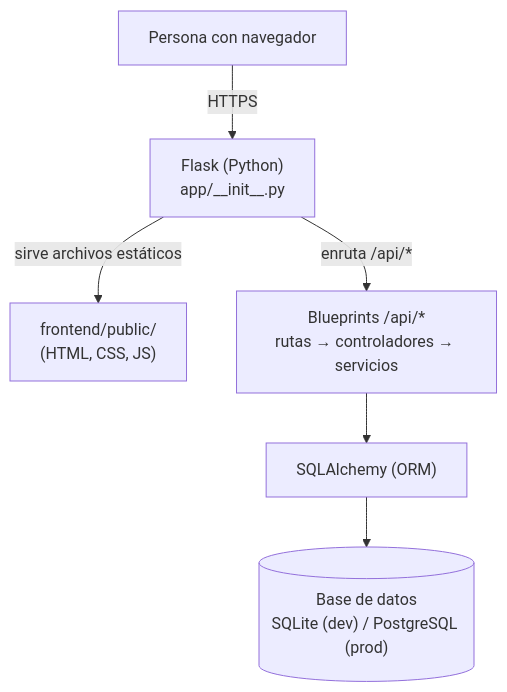
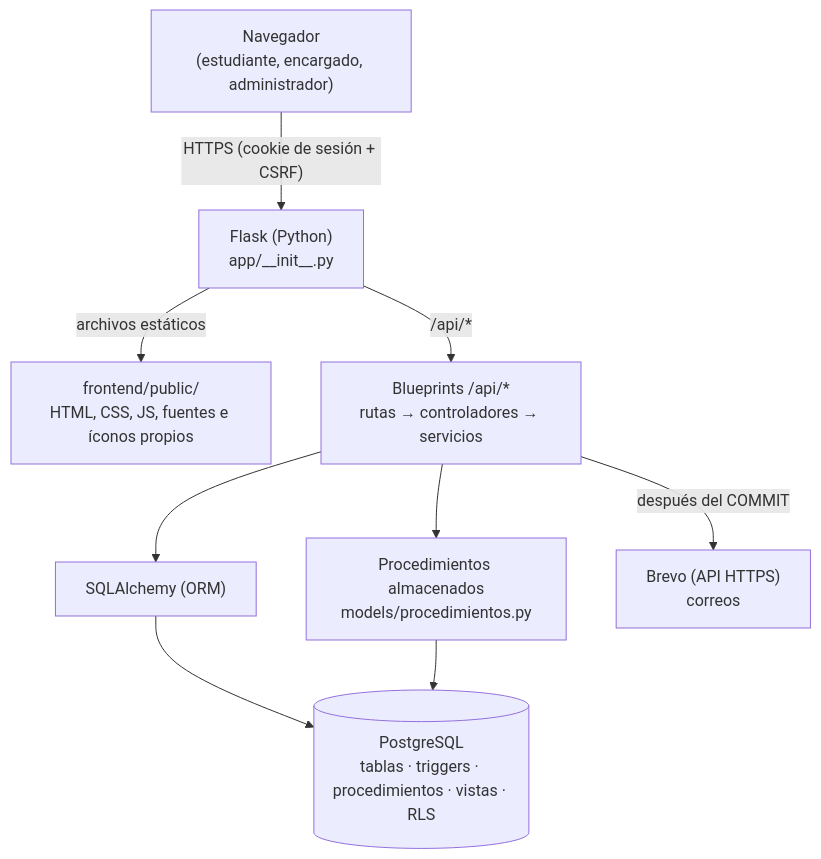
The first of 3 diagrams in docs/ARQUITECTURA.md (sebastquintero1312/EncuentraU), drawn with Mermaid before and after one commit. The commit also changed other lines of this file and 44 other files, not shown here.

First line of the commit message:
Documentación y CI v2.0: informe, base de datos, seguridad y flujos de GitHub

````diff
--- a/docs/ARQUITECTURA.md
+++ b/docs/ARQUITECTURA.md
@@ -9,15 +9,18 @@
 ```mermaid
 flowchart TB
-    Usuario["Persona con navegador"]
-    Flask["Flask (Python)\napp/__init__.py"]
-    Estatico["frontend/public/\n(HTML, CSS, JS)"]
-    API["Blueprints /api/*\nrutas → controladores → servicios"]
+    Usuario["Navegador<br/>(estudiante, encargado, administrador)"]
+    Flask["Flask (Python)<br/>app/__init__.py"]
+    Estatico["frontend/public/<br/>HTML, CSS, JS, fuentes e íconos propios"]
+    API["Blueprints /api/*<br/>rutas → controladores → servicios"]
     ORM["SQLAlchemy (ORM)"]
-    BD[("Base de datos\nSQLite (dev) / PostgreSQL (prod)")]
+    Proc["Procedimientos almacenados<br/>models/procedimientos.py"]
+    BD[("PostgreSQL<br/>tablas · triggers · procedimientos · vistas · RLS")]
+    Correo["Brevo (API HTTPS)<br/>correos"]
 
-    Usuario -- "HTTPS" --> Flask
-    Flask -- "sirve archivos estáticos" --> Estatico
-    Flask -- "enruta /api/*" --> API
-    API --> ORM
-    ORM --> BD
+    Usuario -- "HTTPS (cookie de sesión + CSRF)" --> Flask
+    Flask -- "archivos estáticos" --> Estatico
+    Flask -- "/api/*" --> API
+    API --> ORM --> BD
+    API --> Proc --> BD
+    API -- "después del COMMIT" --> Correo
 ```
````
